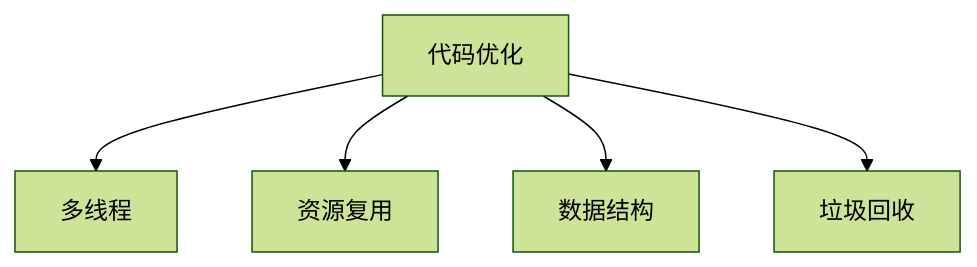
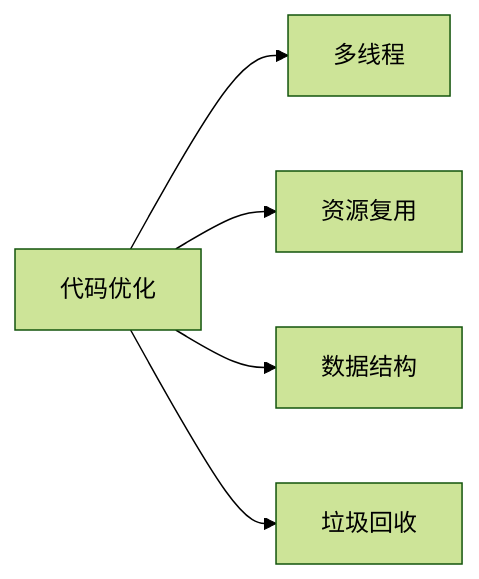
Before and after one commit to ljz572000/Note: diagram 16 of 20 in Java/大型网站技术架构/index.md, drawn with Mermaid (forest theme). The commit also changed other lines of this file and 9 other files, not shown here.

````diff
--- a/Java/大型网站技术架构/index.md
+++ b/Java/大型网站技术架构/index.md
@@ -898,7 +898,7 @@
 ```mermaid
-graph TD;
+flowchart LR;
     A[代码优化]-->B[多线程];
     A[代码优化]-->C[资源复用];
     A[代码优化]-->D[数据结构];
     A[代码优化]-->E[垃圾回收];
 ```
````
